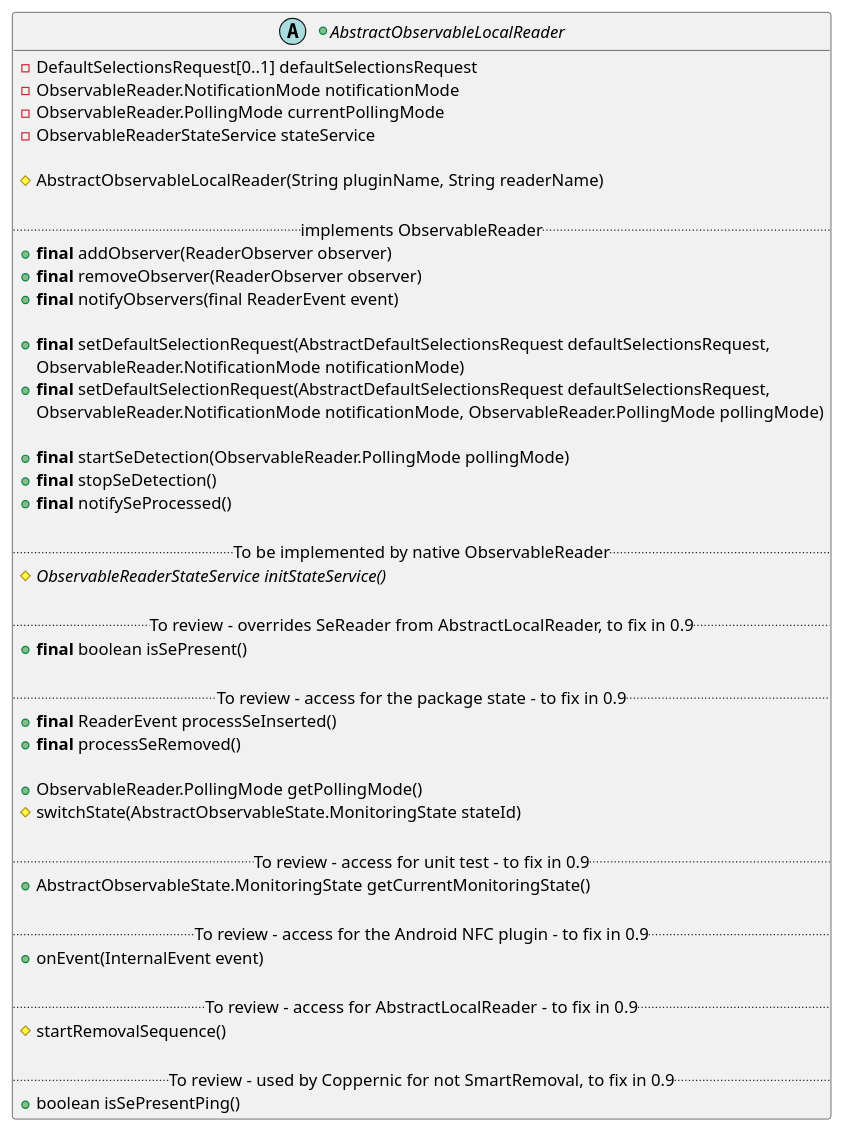
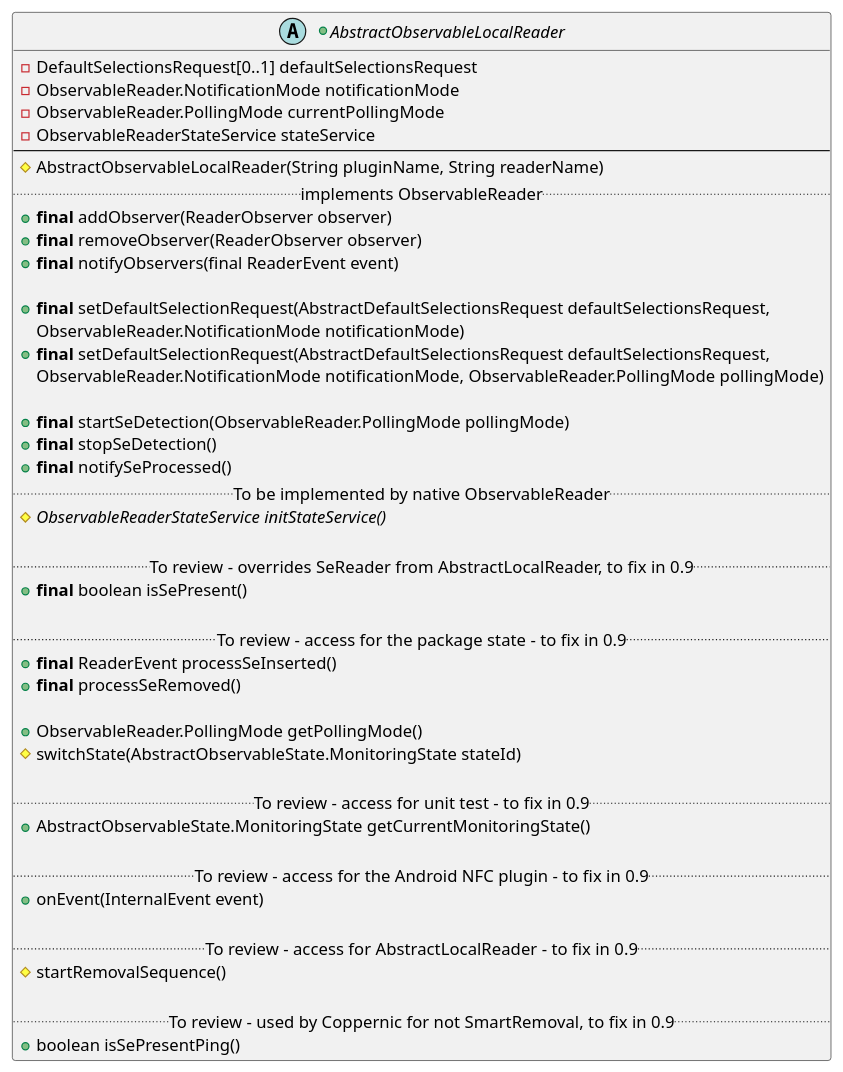
Diagram 25 of 26 in src/KeypleCoreApi/PluginApi/puml/KeypleCore-PluginApi-ClassDiag-SE_Proxy-ClassElements.iuml (calypsonet/keyple), drawn with PlantUML before and after one commit. The commit also changed other lines of this file and 19 other files, not shown here.

```diff
--- a/src/KeypleCoreApi/PluginApi/puml/KeypleCore-PluginApi-ClassDiag-SE_Proxy-ClassElements.iuml
+++ b/src/KeypleCoreApi/PluginApi/puml/KeypleCore-PluginApi-ClassDiag-SE_Proxy-ClassElements.iuml
@@ -539,49 +543,48 @@
 @startuml(id=PLUGIN_OBSERVABLEREADER_0_8_1)
 +abstract AbstractObservableLocalReader {
   -DefaultSelectionsRequest[0..1] defaultSelectionsRequest
   -ObservableReader.NotificationMode notificationMode
   -ObservableReader.PollingMode currentPollingMode
   -ObservableReaderStateService stateService
-
+  --
   #AbstractObservableLocalReader(String pluginName, String readerName)
-
   .. implements ObservableReader ..
   +<b>final</b> addObserver(ReaderObserver observer)
   +<b>final</b> removeObserver(ReaderObserver observer)
   +<b>final</b> notifyObservers(final ReaderEvent event)
 
   +<b>final</b> setDefaultSelectionRequest(AbstractDefaultSelectionsRequest defaultSelectionsRequest,
     ObservableReader.NotificationMode notificationMode)
   +<b>final</b> setDefaultSelectionRequest(AbstractDefaultSelectionsRequest defaultSelectionsRequest,
     ObservableReader.NotificationMode notificationMode, ObservableReader.PollingMode pollingMode)
 
   +<b>final</b> startSeDetection(ObservableReader.PollingMode pollingMode)
   +<b>final</b> stopSeDetection()
   +<b>final</b> notifySeProcessed()
-
+'
   .. To be implemented by native ObservableReader ..
   #{abstract} ObservableReaderStateService initStateService()
 
   .. To review - overrides SeReader from AbstractLocalReader, to fix in 0.9 ..
   +<b>final</b> boolean isSePresent()
 
   .. To review - access for the package state - to fix in 0.9 ..
   +<b>final</b> ReaderEvent processSeInserted()
   +<b>final</b> processSeRemoved()
 
   +ObservableReader.PollingMode getPollingMode()
   #switchState(AbstractObservableState.MonitoringState stateId)
 
   .. To review - access for unit test - to fix in 0.9 ..
   +AbstractObservableState.MonitoringState getCurrentMonitoringState()
 
   .. To review - access for the Android NFC plugin - to fix in 0.9 ..
   +onEvent(InternalEvent event)
 
   .. To review - access for AbstractLocalReader - to fix in 0.9 ..
   #startRemovalSequence()
 
   .. To review - used by Coppernic for not SmartRemoval, to fix in 0.9 ..
   +boolean isSePresentPing()
 }
 @enduml
```
